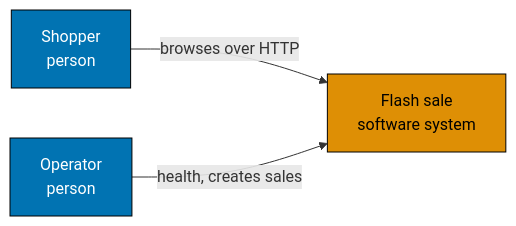
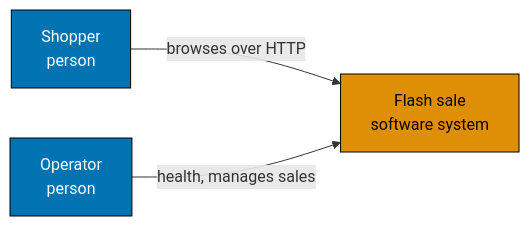
One commit to wahidyankf/coding-itv-js-flashsale changed the diagram in specs/apps/flash/c4/context.md. Above: the diagram before and after it, drawn with Mermaid. The commit also changed 44 other files, not shown here.

````diff
--- a/specs/apps/flash/c4/context.md
+++ b/specs/apps/flash/c4/context.md
@@ -5,15 +5,15 @@
 ```mermaid
 flowchart LR
   accTitle: Flash sale system context
   accDescr: A shopper uses the flash sale web app. An operator talks to the API directly to check its health and to manage sales. The flash sale product is the only system drawn; it needs nothing outside itself at runtime.
   shopper["Shopper<br/>person"]
   operator["Operator<br/>person"]
   system["Flash sale<br/>software system"]
   shopper -->|browses over HTTP| system
-  operator -->|health, creates sales| system
+  operator -->|health, manages sales| system
   classDef person fill:#0173B2,stroke:#000000,color:#FFFFFF
   classDef software fill:#DE8F05,stroke:#000000,color:#000000
   classDef default fill:#808080,stroke:#000000,color:#000000
   class shopper,operator person
   class system software
 ```
````
